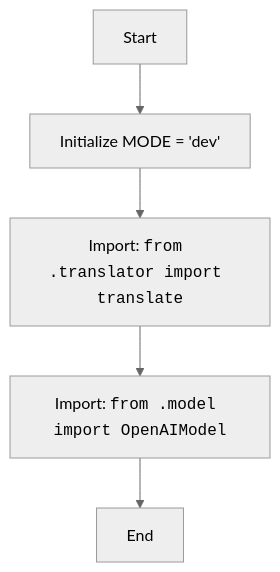
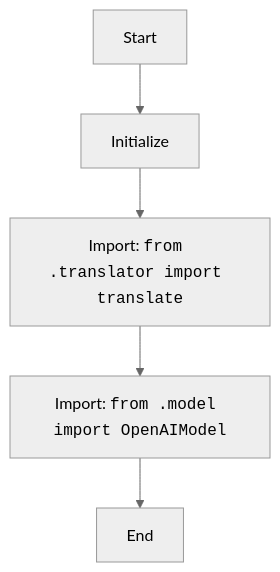
The diagram in docs/gemini/ru/explainer/src/ai/openai/__init__.py.md (hypo69/hypo), drawn with Mermaid (neutral theme) before and after one commit. The commit also changed other lines of this file and 6031 other files, not shown here.

````diff
--- a/docs/gemini/ru/explainer/src/ai/openai/__init__.py.md
+++ b/docs/gemini/ru/explainer/src/ai/openai/__init__.py.md
@@ -20,8 +20,8 @@
 ```mermaid
 flowchart TD
-    Start --> InitMode[Initialize MODE = 'dev'];
+    Start --> InitMode[Initialize ];
     InitMode --> ImportTranslate[Import: <code>from .translator import translate</code>]
     ImportTranslate --> ImportOpenAIModel[Import: <code>from .model import OpenAIModel</code>]
     ImportOpenAIModel --> End
     
 ```
````
